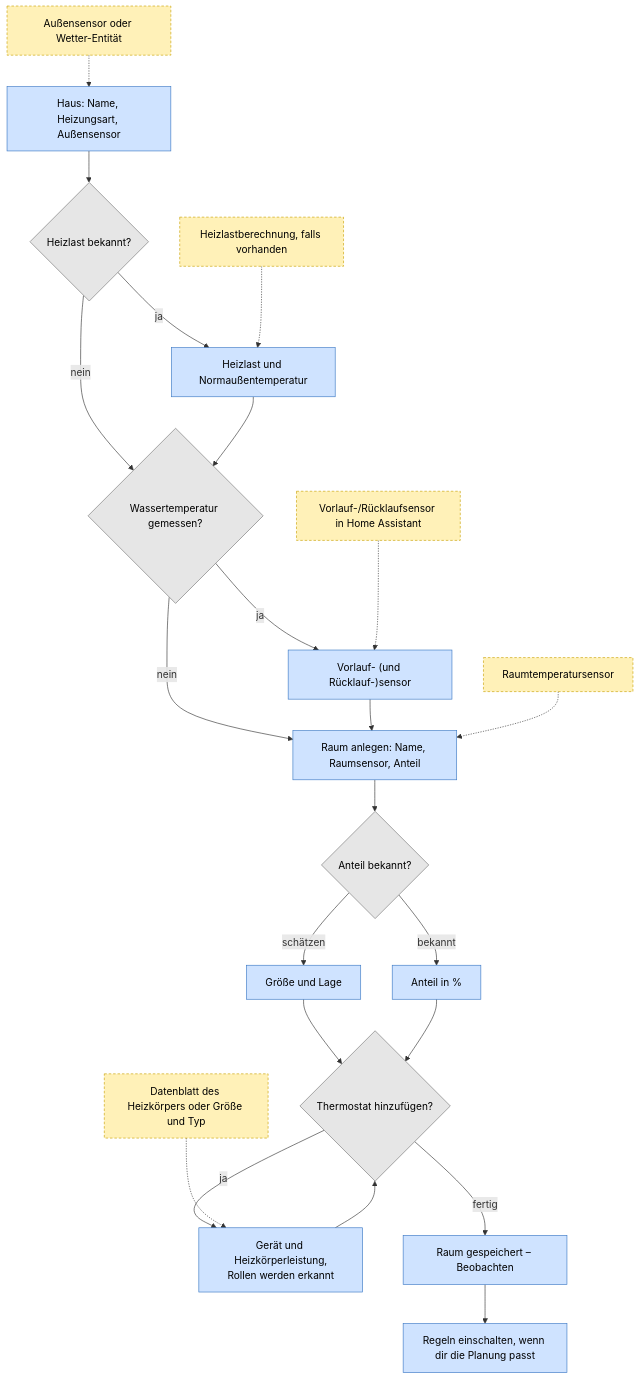
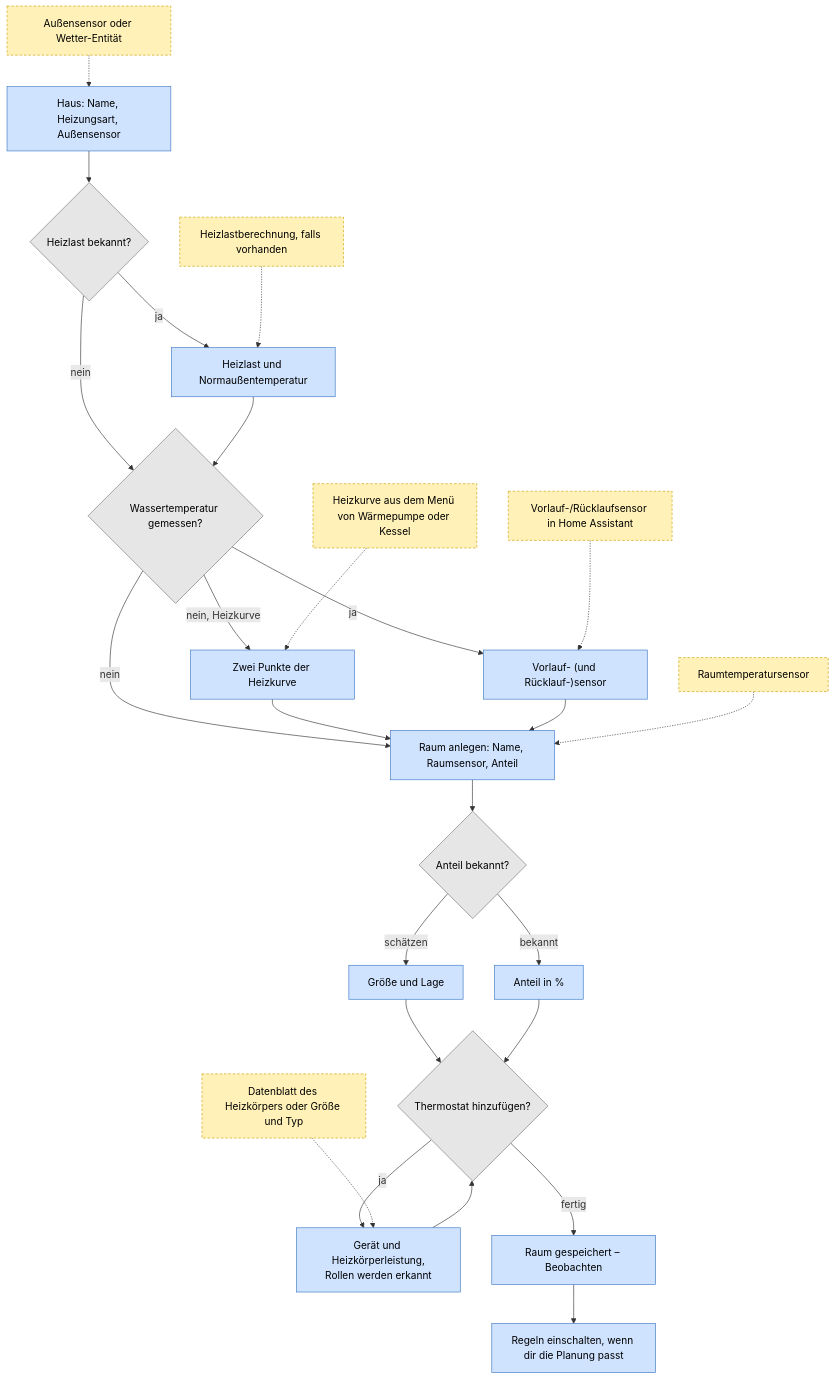
The diagram in docs/de/getting-started.md (mschmiedel/thermogeist), drawn with Mermaid before and after one commit. The commit also changed other lines of this file and 27 other files, not shown here.

First line of the commit message:
Heating curve as two points when there is no flow sensor (MDL-019)

````diff
--- a/docs/de/getting-started.md
+++ b/docs/de/getting-started.md
@@ -34,32 +34,35 @@
 ```mermaid
 flowchart TD
     A["Haus: Name, Heizungsart, Außensensor"] --> B{"Heizlast bekannt?"}
     B -- "ja" --> C["Heizlast und Normaußentemperatur"]
     B -- "nein" --> D
     C --> D{"Wassertemperatur gemessen?"}
     D -- "ja" --> E["Vorlauf- (und Rücklauf-)sensor"]
     D -- "nein" --> F
+    D -- "nein, Heizkurve" --> E2["Zwei Punkte der Heizkurve"]
+    E2 --> F
     E --> F["Raum anlegen: Name, Raumsensor, Anteil"]
     F --> G{"Anteil bekannt?"}
     G -- "schätzen" --> H["Größe und Lage"]
     G -- "bekannt" --> I["Anteil in %"]
     H --> J{"Thermostat hinzufügen?"}
     I --> J
     J -- "ja" --> K["Gerät und Heizkörperleistung,<br/>Rollen werden erkannt"]
     K --> J
     J -- "fertig" --> L["Raum gespeichert – Beobachten"]
     L --> M["Regeln einschalten, wenn dir die Planung passt"]
 
     P1["Außensensor oder Wetter-Entität"] -.-> A
     P2["Heizlastberechnung, falls vorhanden"] -.-> C
     P3["Vorlauf-/Rücklaufsensor in Home Assistant"] -.-> E
+    P6["Heizkurve aus dem Menü von Wärmepumpe oder Kessel"] -.-> E2
     P4["Raumtemperatursensor"] -.-> F
     P5["Datenblatt des Heizkörpers oder Größe und Typ"] -.-> K
 
     classDef step fill:#cfe3ff,stroke:#3b78c4,color:#000
     classDef ask fill:#e6e6e6,stroke:#777,color:#000
     classDef prep fill:#fff1b8,stroke:#c9a200,color:#000,stroke-dasharray: 4 3
-    class A,C,E,F,H,I,K,L,M step
+    class A,C,E,E2,F,H,I,K,L,M step
     class B,D,G,J ask
-    class P1,P2,P3,P4,P5 prep
+    class P1,P2,P3,P4,P5,P6 prep
 ```
````
